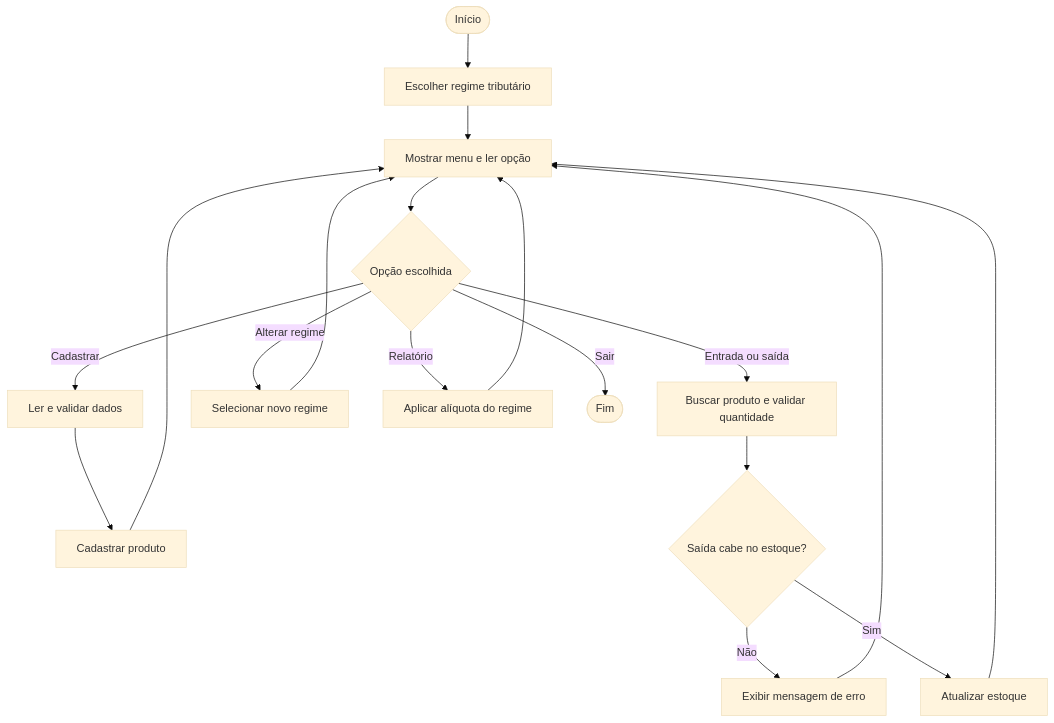
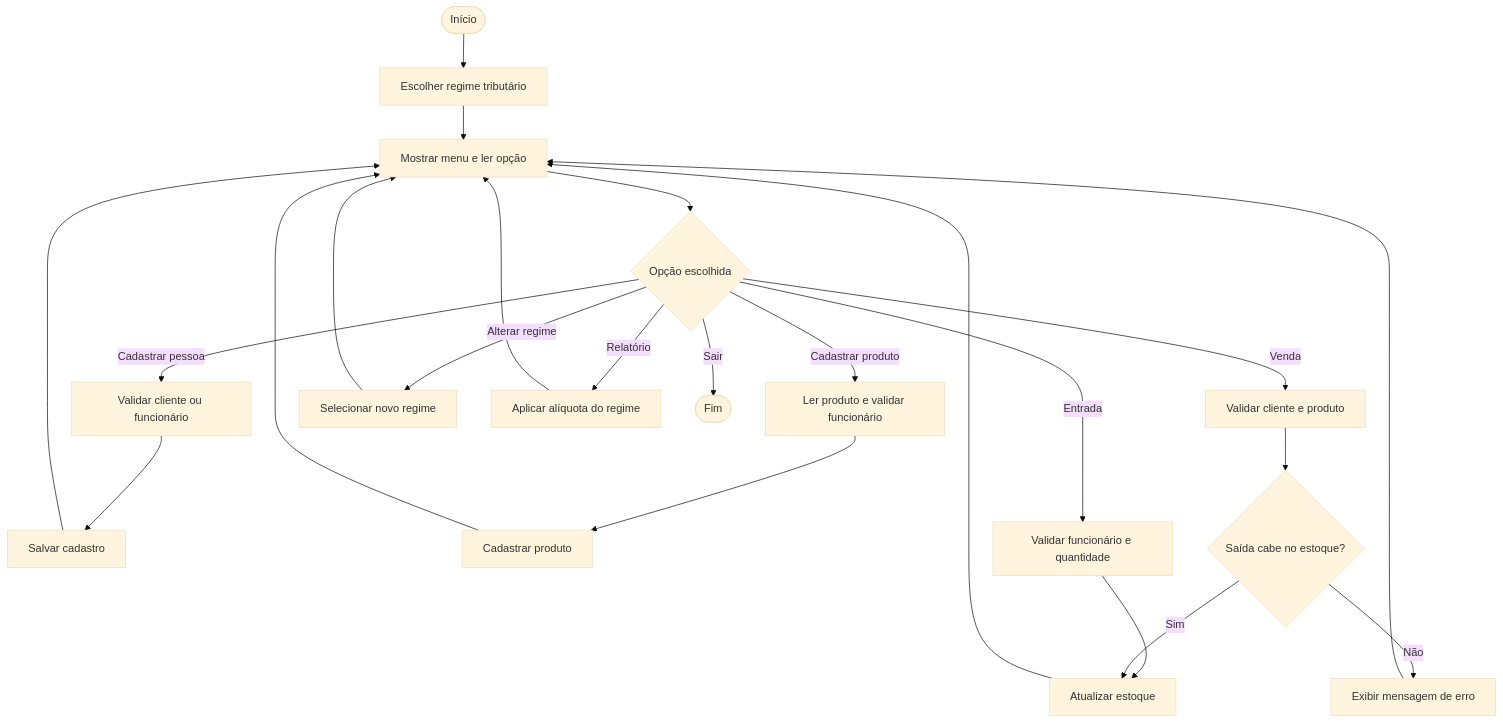
Before and after one commit to xfcvw/sistema-estoque-tributavel: the diagram in DOCUMENTACAO.md, drawn with Mermaid (base theme). The commit also changed other lines of this file, not shown here.

````diff
--- a/DOCUMENTACAO.md
+++ b/DOCUMENTACAO.md
@@ -73,20 +90,25 @@
 ```mermaid
 flowchart TD
     inicio([Início]) --> regime[Escolher regime tributário]
     regime --> menu[Mostrar menu e ler opção]
     menu --> opcao{Opção escolhida}
-    opcao -->|Cadastrar| cadastro[Ler e validar dados]
+    opcao -->|Cadastrar pessoa| pessoa[Validar cliente ou funcionário]
+    pessoa --> salvarPessoa[Salvar cadastro]
+    opcao -->|Cadastrar produto| cadastro[Ler produto e validar funcionário]
     cadastro --> salvar[Cadastrar produto]
-    opcao -->|Entrada ou saída| movimento[Buscar produto e validar quantidade]
+    opcao -->|Entrada| entrada[Validar funcionário e quantidade]
+    entrada --> atualizar[Atualizar estoque]
+    opcao -->|Venda| movimento[Validar cliente e produto]
     movimento --> suficiente{Saída cabe no estoque?}
     suficiente -->|Não| erro[Exibir mensagem de erro]
     suficiente -->|Sim| atualizar[Atualizar estoque]
     opcao -->|Alterar regime| trocarRegime[Selecionar novo regime]
     trocarRegime --> menu
     opcao -->|Relatório| relatorio[Aplicar alíquota do regime]
     salvar --> menu
+    salvarPessoa --> menu
     atualizar --> menu
     erro --> menu
     relatorio --> menu
     opcao -->|Sair| fim([Fim])
 ```
````
